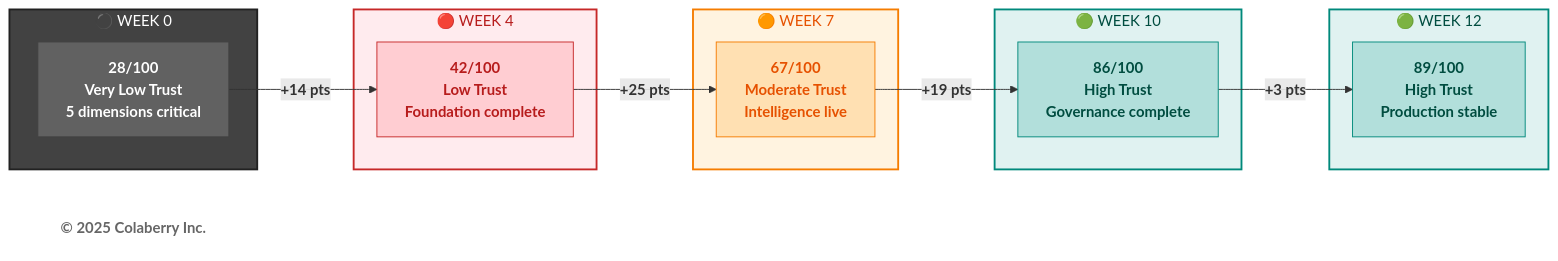
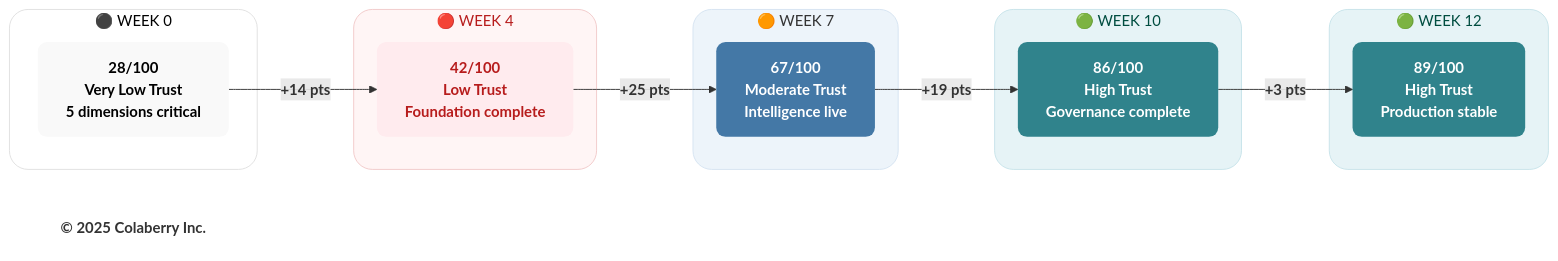
The fifth of 6 diagrams in manuscript/10_chapter_9_measuring_agent_readiness.md (saitejesh-cyber/trust-before-intelligence-book), drawn with Mermaid before and after one commit. The commit also changed other lines of this file and 7 other files, not shown here.

Commit message:
Chapter 6to13: Updated mermaid diagrams based on new colaberry color code

````diff
--- a/manuscript/10_chapter_9_measuring_agent_readiness.md
+++ b/manuscript/10_chapter_9_measuring_agent_readiness.md
@@ -458,38 +458,38 @@
 ```mermaid
 graph LR
     subgraph WEEK0["⚫ WEEK 0"]
         W0["<b>28/100</b><br/><b>Very Low Trust</b><br/><b>5 dimensions critical</b>"]
     end
     
     subgraph WEEK4["🔴 WEEK 4"]
         W4["<b>42/100</b><br/><b>Low Trust</b><br/><b>Foundation complete</b>"]
     end
     
     subgraph WEEK7["🟠 WEEK 7"]
         W7["<b>67/100</b><br/><b>Moderate Trust</b><br/><b>Intelligence live</b>"]
     end
     
     subgraph WEEK10["🟢 WEEK 10"]
         W10["<b>86/100</b><br/><b>High Trust</b><br/><b>Governance complete</b>"]
     end
     
     subgraph WEEK12["🟢 WEEK 12"]
         W12["<b>89/100</b><br/><b>High Trust</b><br/><b>Production stable</b>"]
     end
     
     W0 -->|<b>+14 pts</b>| W4 -->|<b>+25 pts</b>| W7 -->|<b>+19 pts</b>| W10 -->|<b>+3 pts</b>| W12
     
     Copyright["<b>© 2025 Colaberry Inc.</b>"]
     
-    style WEEK0 fill:#424242,stroke:#212121,stroke-width:2px,color:#ffffff
-    style WEEK4 fill:#ffebee,stroke:#c62828,stroke-width:2px,color:#b71c1c
-    style WEEK7 fill:#fff3e0,stroke:#f57c00,stroke-width:2px,color:#e65100
-    style WEEK10 fill:#e0f2f1,stroke:#00897b,stroke-width:2px,color:#004d40
-    style WEEK12 fill:#e0f2f1,stroke:#00897b,stroke-width:2px,color:#004d40
-    style W0 fill:#616161,stroke:#424242,color:#ffffff
-    style W4 fill:#ffcdd2,stroke:#c62828,color:#b71c1c
-    style W7 fill:#ffe0b2,stroke:#f57c00,color:#e65100
-    style W10 fill:#b2dfdb,stroke:#00897b,color:#004d40
-    style W12 fill:#b2dfdb,stroke:#00897b,color:#004d40
-    style Copyright fill:#ffffff,stroke:none,color:#666666
+    style WEEK0 fill:#ffffff,stroke:#e0e0e0,stroke-width:1px,color:#000000,rx:20,ry:20
+    style WEEK4 fill:#fff5f5,stroke:#f2caca,stroke-width:1px,color:#b71c1c,rx:20,ry:20
+    style WEEK7 fill:#edf4fa,stroke:#d6e4f2,stroke-width:1px,color:#333333,rx:20,ry:20
+    style WEEK10 fill:#e6f3f6,stroke:#c7e3ea,stroke-width:1px,color:#004d40,rx:20,ry:20
+    style WEEK12 fill:#e6f3f6,stroke:#c7e3ea,stroke-width:1px,color:#004d40,rx:20,ry:20
+    style W0 fill:#f9f9f9,stroke:none,color:#000000,rx:10,ry:10
+    style W4 fill:#ffebee,stroke:none,color:#b71c1c,rx:10,ry:10
+    style W7 fill:#4478A6,stroke:none,color:#ffffff,rx:10,ry:10
+    style W10 fill:#30838C,stroke:none,color:#ffffff,rx:10,ry:10
+    style W12 fill:#30838C,stroke:none,color:#ffffff,rx:10,ry:10
+    style Copyright fill:none,stroke:none,color:#333333
 ```
````
